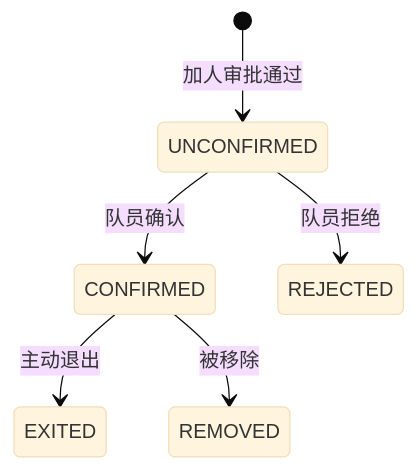
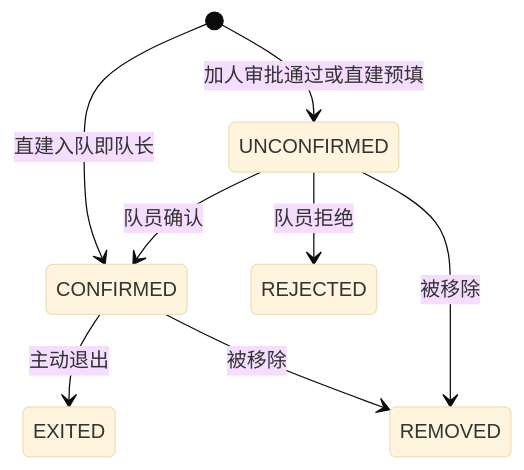
The diagram in docs/api/B线-赛事主线-接口清单.md (VIOManager/VIOManager), drawn with Mermaid (base theme) before and after one commit. The commit also changed other lines of this file and 15 other files, not shown here.

````diff
--- a/docs/api/B线-赛事主线-接口清单.md
+++ b/docs/api/B线-赛事主线-接口清单.md
@@ -93,8 +93,10 @@
 ```mermaid
 stateDiagram-v2
-    [*] --> UNCONFIRMED : 加人审批通过
+    [*] --> CONFIRMED : 直建入队即队长
+    [*] --> UNCONFIRMED : 加人审批通过或直建预填
     UNCONFIRMED --> CONFIRMED : 队员确认
     UNCONFIRMED --> REJECTED : 队员拒绝
     CONFIRMED --> EXITED : 主动退出
     CONFIRMED --> REMOVED : 被移除
+    UNCONFIRMED --> REMOVED : 被移除
 ```
````
